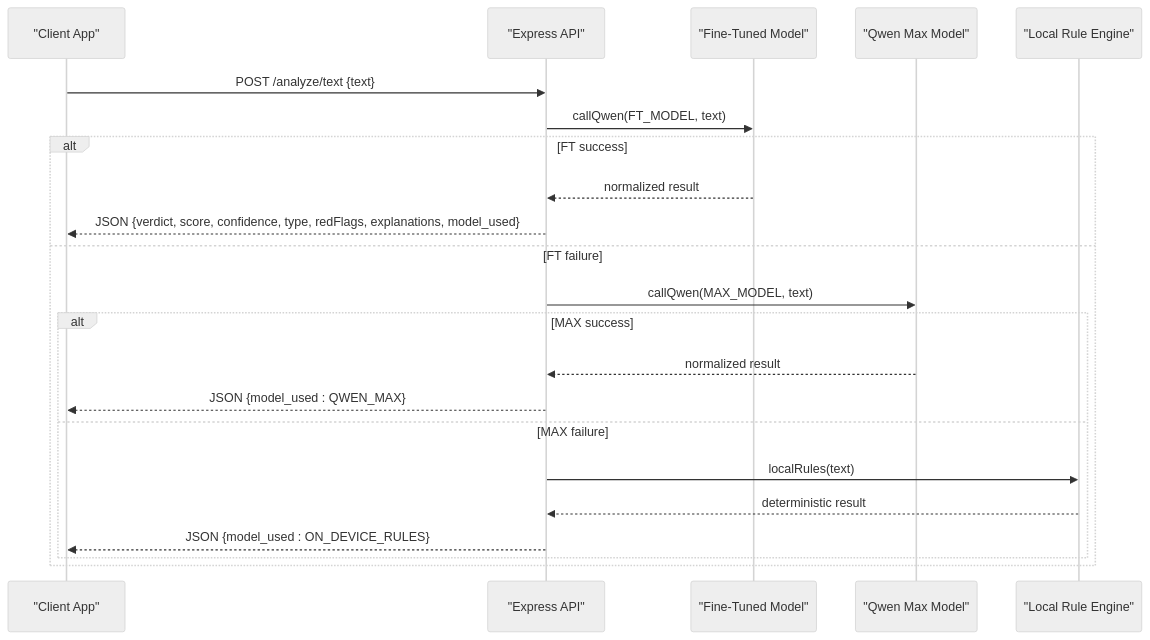
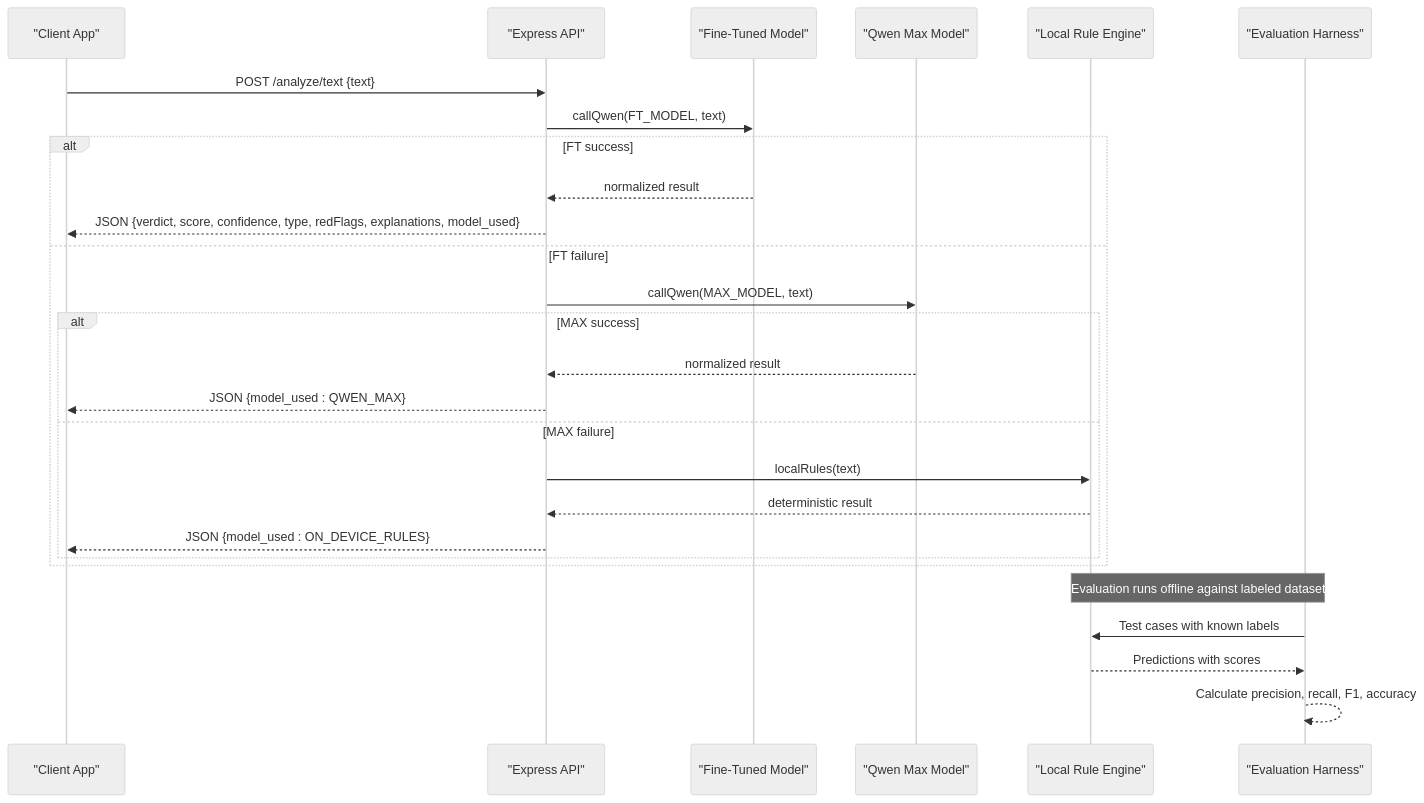
Before and after one commit to cyberNoman/Safe-Pakistan: the second of 6 diagrams in .qoder/repowiki/en/content/Core Features/AI Analysis Engine.md, drawn with Mermaid (neutral theme). The commit also changed other lines of this file and 52 other files, not shown here.

````diff
--- a/.qoder/repowiki/en/content/Core Features/AI Analysis Engine.md
+++ b/.qoder/repowiki/en/content/Core Features/AI Analysis Engine.md
@@ -108,24 +140,29 @@
 ```mermaid
 sequenceDiagram
 participant Client as "Client App"
 participant API as "Express API"
 participant FT as "Fine-Tuned Model"
 participant MAX as "Qwen Max Model"
 participant RULES as "Local Rule Engine"
+participant EVAL as "Evaluation Harness"
 Client->>API : POST /analyze/text {text}
 API->>FT : callQwen(FT_MODEL, text)
 alt FT success
 FT-->>API : normalized result
 API-->>Client : JSON {verdict, score, confidence, type, redFlags, explanations, model_used}
 else FT failure
 API->>MAX : callQwen(MAX_MODEL, text)
 alt MAX success
 MAX-->>API : normalized result
 API-->>Client : JSON {model_used : QWEN_MAX}
 else MAX failure
 API->>RULES : localRules(text)
 RULES-->>API : deterministic result
 API-->>Client : JSON {model_used : ON_DEVICE_RULES}
 end
 end
+Note over EVAL,RULES : Evaluation runs offline against labeled dataset
+EVAL->>RULES : Test cases with known labels
+RULES-->>EVAL : Predictions with scores
+EVAL-->>EVAL : Calculate precision, recall, F1, accuracy
 ```
````
